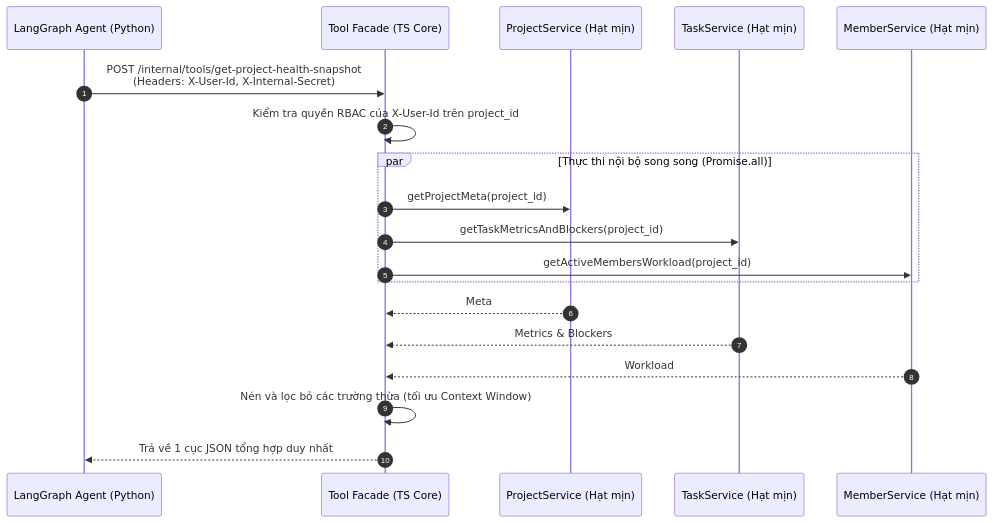
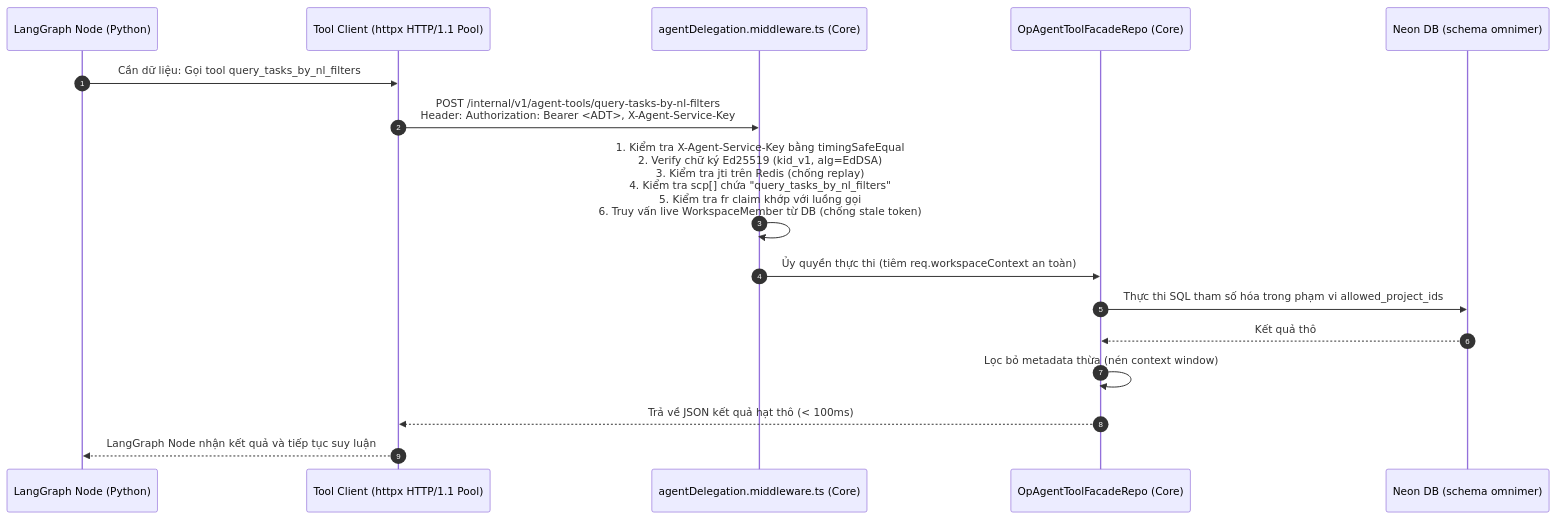
Before and after one commit to HuynhTri-dev/omnimer_team_doc: the fourth of 4 diagrams in docs/bda/02-phase1-omniproject/agent_project/sa.md, drawn with Mermaid. The commit also changed other lines of this file and 2 other files, not shown here.

Commit message:
docs(srs): sync documentation with architecture v2.0.0 and update technical scope

````diff
--- a/docs/bda/02-phase1-omniproject/agent_project/sa.md
+++ b/docs/bda/02-phase1-omniproject/agent_project/sa.md
@@ -156,23 +175,19 @@
 ```mermaid
 sequenceDiagram
     autonumber
-    participant Graph as LangGraph Agent (Python)
-    participant Facade as Tool Facade (TS Core)
-    participant S1 as ProjectService (Hạt mịn)
-    participant S2 as TaskService (Hạt mịn)
-    participant S3 as MemberService (Hạt mịn)
+    participant Graph as LangGraph Node (Python)
+    participant Client as Tool Client (httpx HTTP/1.1 Pool)
+    participant CoreGuard as agentDelegation.middleware.ts (Core)
+    participant Facade as OpAgentToolFacadeRepo (Core)
+    participant DB as Neon DB (schema omnimer)
 
-    Graph->>Facade: POST /internal/tools/get-project-health-snapshot<br/>(Headers: X-User-Id, X-Internal-Secret)
-    Facade->>Facade: Kiểm tra quyền RBAC của X-User-Id trên project_id
-    par Thực thi nội bộ song song (Promise.all)
-        Facade->>S1: getProjectMeta(project_id)
-        Facade->>S2: getTaskMetricsAndBlockers(project_id)
-        Facade->>S3: getActiveMembersWorkload(project_id)
-    end
-    S1-->>Facade: Meta
-    S2-->>Facade: Metrics & Blockers
-    S3-->>Facade: Workload
-    Facade->>Facade: Nén và lọc bỏ các trường thừa (tối ưu Context Window)
-    Facade-->>Graph: Trả về 1 cục JSON tổng hợp duy nhất
-
+    Graph->>Client: Cần dữ liệu: Gọi tool query_tasks_by_nl_filters
+    Client->>CoreGuard: POST /internal/v1/agent-tools/query-tasks-by-nl-filters<br/>Header: Authorization: Bearer <ADT>, X-Agent-Service-Key
+    CoreGuard->>CoreGuard: 1. Kiểm tra X-Agent-Service-Key bằng timingSafeEqual<br/>2. Verify chữ ký Ed25519 (kid_v1, alg=EdDSA)<br/>3. Kiểm tra jti trên Redis (chống replay)<br/>4. Kiểm tra scp[] chứa "query_tasks_by_nl_filters"<br/>5. Kiểm tra fr claim khớp với luồng gọi<br/>6. Truy vấn live WorkspaceMember từ DB (chống stale token)
+    CoreGuard->>Facade: Ủy quyền thực thi (tiêm req.workspaceContext an toàn)
+    Facade->>DB: Thực thi SQL tham số hóa trong phạm vi allowed_project_ids
+    DB-->>Facade: Kết quả thô
+    Facade->>Facade: Lọc bỏ metadata thừa (nén context window)
+    Facade-->>Client: Trả về JSON kết quả hạt thô (< 100ms)
+    Client-->>Graph: LangGraph Node nhận kết quả và tiếp tục suy luận
 ```
````
